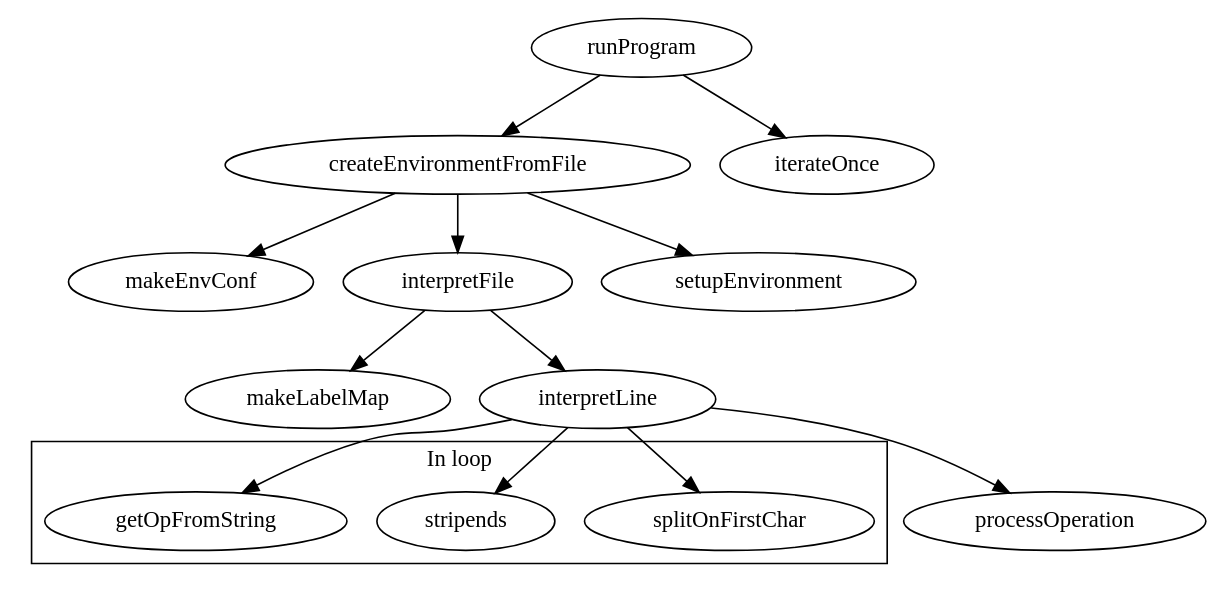
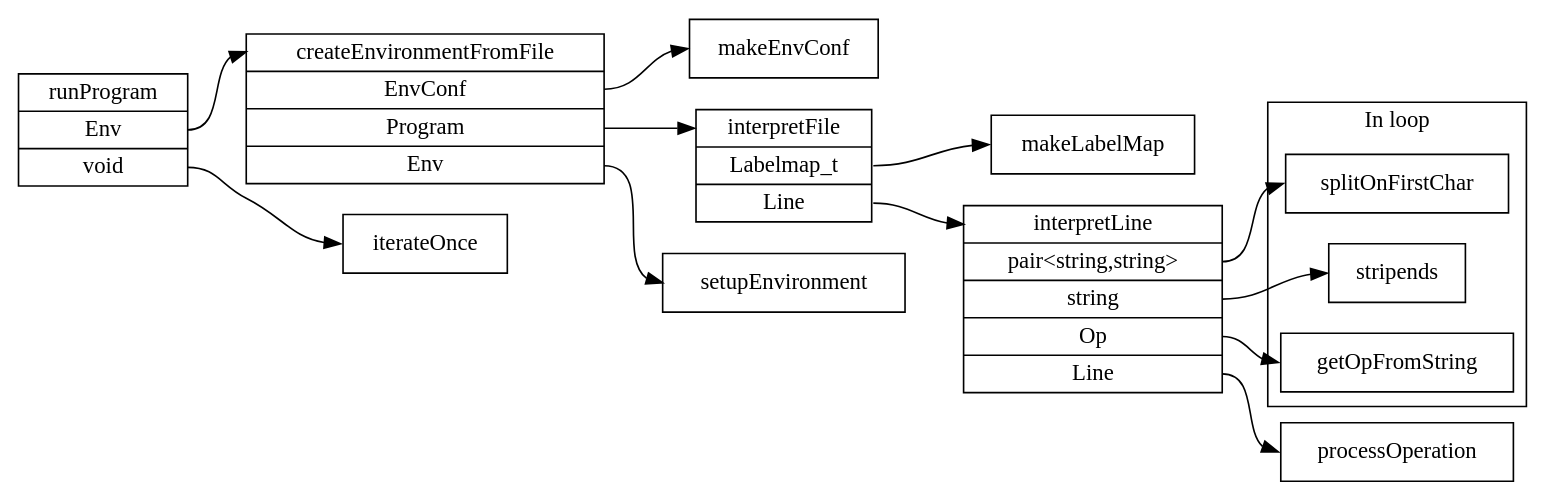
The diagram in calltree.dot (MrChampion1234/ConfigurableAssemblyInterpreter), drawn with Graphviz before and after one commit. The commit also changed 5 other files, not shown here.

```diff
--- a/calltree.dot
+++ b/calltree.dot
@@ -1,22 +1,32 @@
 digraph G {
+ rank=same;
+ rankdir=LR;
+node[shape=record];
+runProgram[label="runProgram\n|<f0>Env\n|<f1>void\n"];
+createEnvironmentFromFile[label="<f0>createEnvironmentFromFile\n|<f1>EnvConf\n|<f2>Program\n|<f3>Env\n"];
+iterateOnce[label="<f0>iterateOnce\n"];
+makeEnvConf[label="<f0>makeEnvConf"];
+interpretFile[label="<f0>interpretFile\n|<f1>Labelmap_t\n|<f2>Line"];
+interpretLine[label="<f0>interpretLine\n|<f1>pair\<string,string\>\n|<f2>string\n|<f3>Op\n|<f4>Line"]
 
-runProgram -> createEnvironmentFromFile;
-runProgram -> iterateOnce;
+runProgram:f0 -> createEnvironmentFromFile:f0:w;
+runProgram:f1 -> iterateOnce:f0:w;
 
-createEnvironmentFromFile -> makeEnvConf;
-createEnvironmentFromFile -> interpretFile;
-createEnvironmentFromFile -> setupEnvironment;
+createEnvironmentFromFile:f1 -> makeEnvConf:f0:w;
+createEnvironmentFromFile:f2 -> interpretFile:f0:w;
+createEnvironmentFromFile:f3 -> setupEnvironment:w;
 
-interpretFile -> makeLabelMap;
-interpretFile -> interpretLine;
-interpretLine -> splitOnFirstChar;
-interpretLine -> stripends
-interpretLine -> getOpFromString;
+interpretFile:f1:e -> makeLabelMap:w;
+interpretFile:f2:e -> interpretLine:f0:w;
+
+interpretLine:f1 -> splitOnFirstChar:w;
+interpretLine:f2 -> stripends:w;
+interpretLine:f3 -> getOpFromString:w;
 subgraph cluster_inLoop {
 	splitOnFirstChar;
 	stripends
 	getOpFromString;
 	label="In loop";
 }
-interpretLine -> processOperation;
+interpretLine:f4 -> processOperation:w;
 }
```
